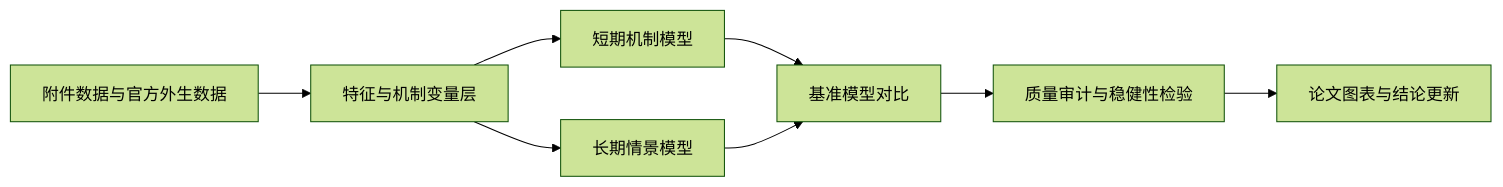
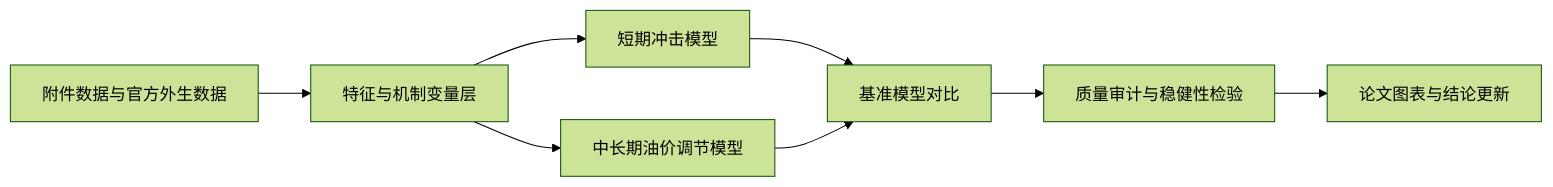
One commit to Timcai06/-A- changed the first of 3 diagrams in docs/06_模型质量提升与技术实现计划.md. Above: the diagram before and after it, drawn with Mermaid (forest theme). The commit also changed other lines of this file and 22 other files, not shown here.

````diff
--- a/docs/06_模型质量提升与技术实现计划.md
+++ b/docs/06_模型质量提升与技术实现计划.md
@@ -19,10 +19,10 @@
 ```mermaid
 flowchart LR
     A[附件数据与官方外生数据] --> B[特征与机制变量层]
-    B --> C[短期机制模型]
-    B --> D[长期情景模型]
+    B --> C[短期冲击模型]
+    B --> D[中长期油价调节模型]
     C --> E[基准模型对比]
     D --> E
     E --> F[质量审计与稳健性检验]
     F --> G[论文图表与结论更新]
 ```
````
